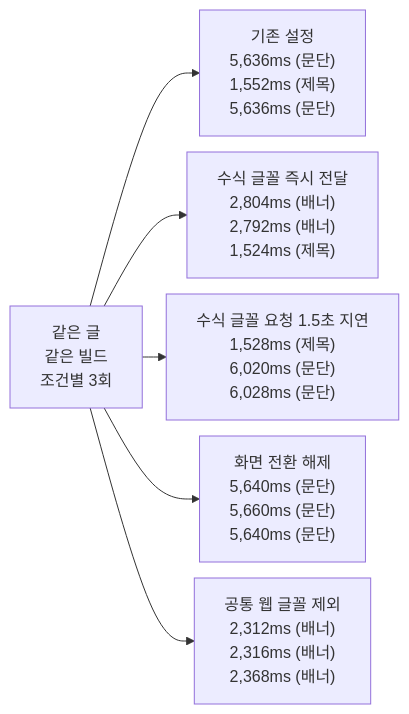
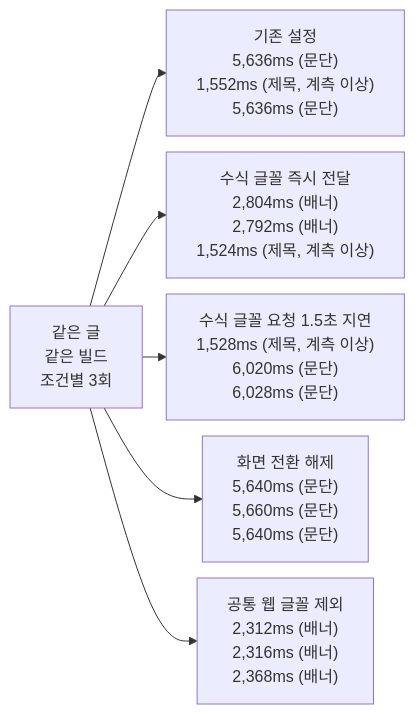
One commit to yceffort/blog changed the seventh of 12 diagrams in apps/blog/posts/2026/09/blog-performance-after-migrations.md. Above: the diagram before and after it, drawn with Mermaid. The commit also changed other lines of this file and 1 other file, not shown here.

````diff
--- a/apps/blog/posts/2026/09/blog-performance-after-migrations.md
+++ b/apps/blog/posts/2026/09/blog-performance-after-migrations.md
@@ -242,17 +242,17 @@
 ```mermaid
 ---
 config:
   themeVariables:
     fontSize: "16px"
   flowchart:
     nodeSpacing: 16
     rankSpacing: 24
 ---
 flowchart LR
     source["같은 글<br/>같은 빌드<br/>조건별 3회"]
-    source --> condition0["기존 설정<br/>5,636ms (문단)<br/>1,552ms (제목)<br/>5,636ms (문단)"]
-    source --> condition1["수식 글꼴 즉시 전달<br/>2,804ms (배너)<br/>2,792ms (배너)<br/>1,524ms (제목)"]
-    source --> condition2["수식 글꼴 요청 1.5초 지연<br/>1,528ms (제목)<br/>6,020ms (문단)<br/>6,028ms (문단)"]
+    source --> condition0["기존 설정<br/>5,636ms (문단)<br/>1,552ms (제목, 계측 이상)<br/>5,636ms (문단)"]
+    source --> condition1["수식 글꼴 즉시 전달<br/>2,804ms (배너)<br/>2,792ms (배너)<br/>1,524ms (제목, 계측 이상)"]
+    source --> condition2["수식 글꼴 요청 1.5초 지연<br/>1,528ms (제목, 계측 이상)<br/>6,020ms (문단)<br/>6,028ms (문단)"]
     source --> condition3["화면 전환 해제<br/>5,640ms (문단)<br/>5,660ms (문단)<br/>5,640ms (문단)"]
     source --> condition4["공통 웹 글꼴 제외<br/>2,312ms (배너)<br/>2,316ms (배너)<br/>2,368ms (배너)"]
 ```
````
